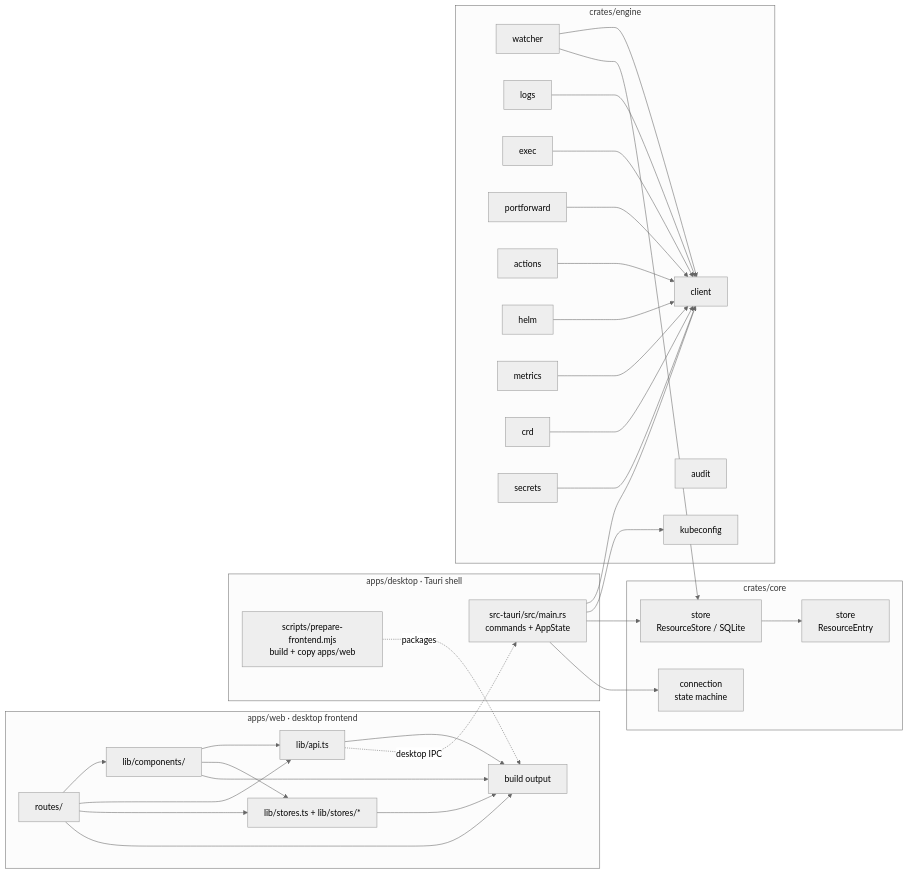
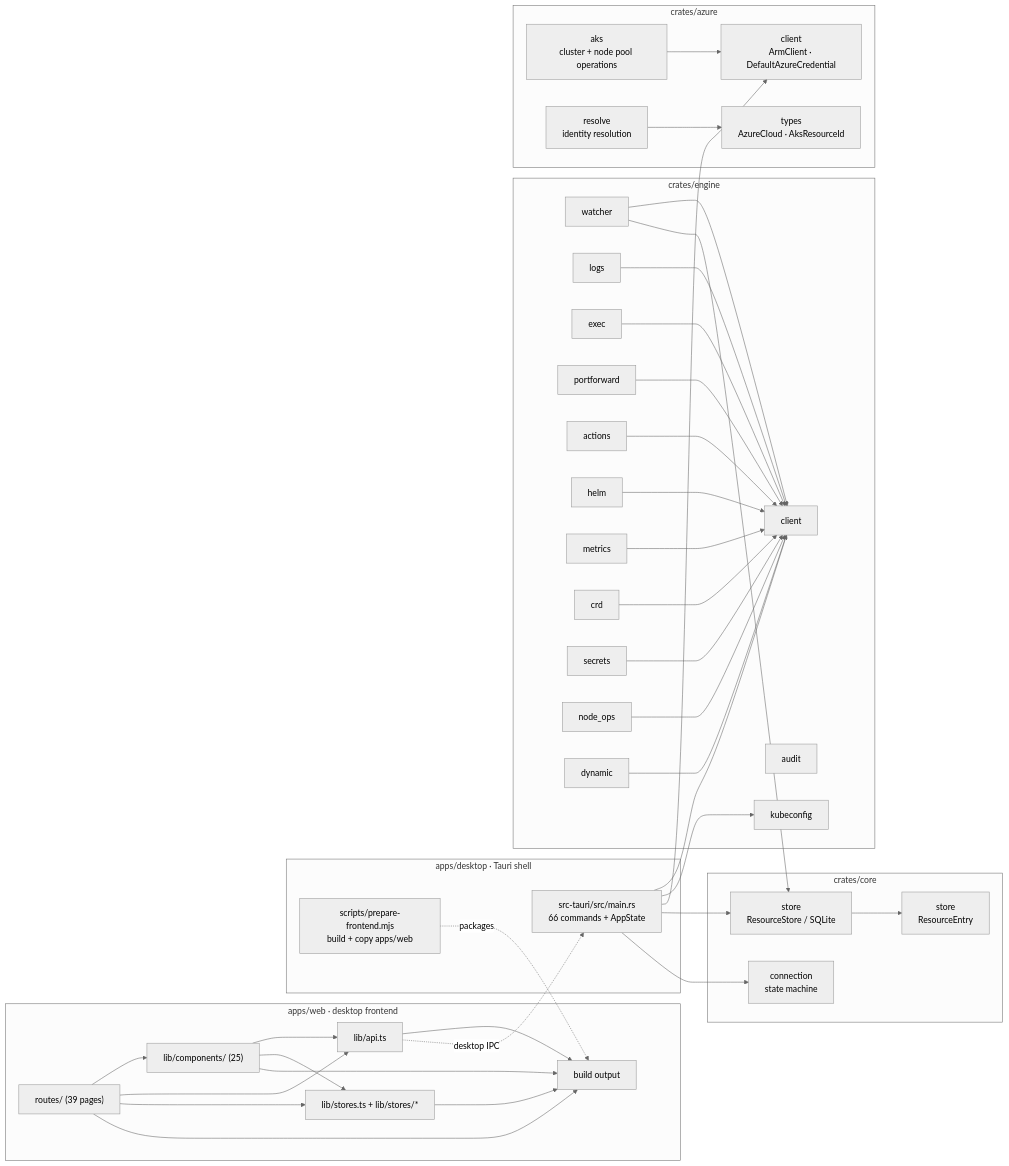
One commit to adamdost-0/Telescope changed the second of 5 diagrams in docs/diagrams/architecture.md. Above: the diagram before and after it, drawn with Mermaid (neutral theme). The commit also changed other lines of this file and 6 other files, not shown here.

First line of the commit message:
docs: rewrite 7 technical docs for v1.0.0 desktop-only + Azure ARM

````diff
--- a/docs/diagrams/architecture.md
+++ b/docs/diagrams/architecture.md
@@ -37,67 +42,82 @@
 ```mermaid
 flowchart LR
     subgraph web["apps/web · desktop frontend"]
-        routes["routes/"]
-        components["lib/components/"]
+        routes["routes/ (39 pages)"]
+        components["lib/components/ (25)"]
         api["lib/api.ts"]
         stores["lib/stores.ts + lib/stores/*"]
         webBuild["build output"]
 
         routes --> components
         routes --> api
         routes --> stores
         components --> api
         components --> stores
         routes --> webBuild
         components --> webBuild
         api --> webBuild
         stores --> webBuild
     end
 
     subgraph desktop["apps/desktop · Tauri shell"]
         prepare["scripts/prepare-frontend.mjs<br/>build + copy apps/web"]
-        tauriMain["src-tauri/src/main.rs<br/>commands + AppState"]
+        tauriMain["src-tauri/src/main.rs<br/>66 commands + AppState"]
     end
 
     subgraph engineCrate["crates/engine"]
         client["client"]
         watcher["watcher"]
         logs["logs"]
         exec["exec"]
         portforward["portforward"]
         actions["actions"]
         helm["helm"]
         metrics["metrics"]
         crd["crd"]
         secrets["secrets"]
         audit["audit"]
         kubeconfig["kubeconfig"]
+        nodeOps["node_ops"]
+        dynamic["dynamic"]
 
         watcher --> client
         logs --> client
         exec --> client
         portforward --> client
         actions --> client
         helm --> client
         metrics --> client
         crd --> client
         secrets --> client
+        nodeOps --> client
+        dynamic --> client
+    end
+
+    subgraph azureCrate["crates/azure"]
+        armClient["client<br/>ArmClient · DefaultAzureCredential"]
+        aks["aks<br/>cluster + node pool operations"]
+        resolve["resolve<br/>identity resolution"]
+        azureTypes["types<br/>AzureCloud · AksResourceId"]
+
+        aks --> armClient
+        resolve --> azureTypes
     end
 
     subgraph coreCrate["crates/core"]
         connection["connection<br/>state machine"]
         resourceStore["store<br/>ResourceStore / SQLite"]
         resourceEntry["store<br/>ResourceEntry"]
 
         resourceStore --> resourceEntry
     end
 
     prepare -. packages .-> webBuild
     api -. desktop IPC .-> tauriMain
 
     tauriMain --> client
     tauriMain --> kubeconfig
+    tauriMain --> armClient
     tauriMain --> resourceStore
     tauriMain --> connection
     watcher --> resourceStore
 ```
````
